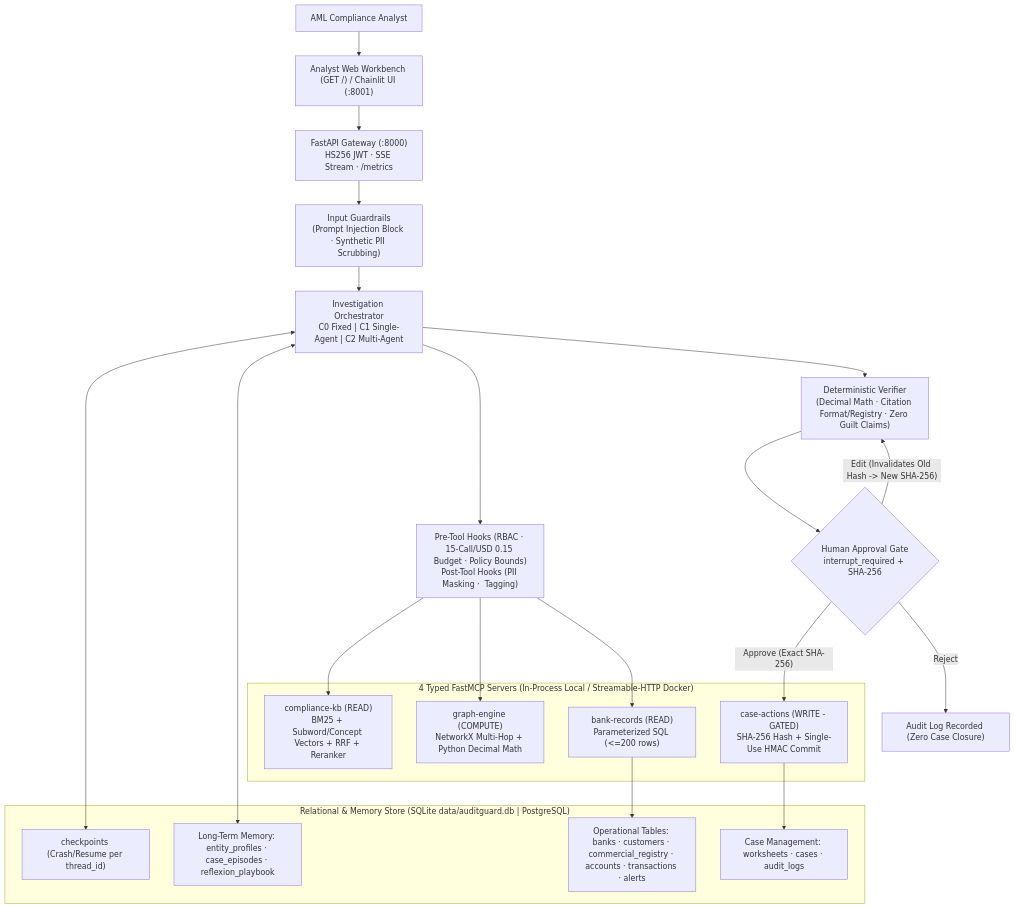
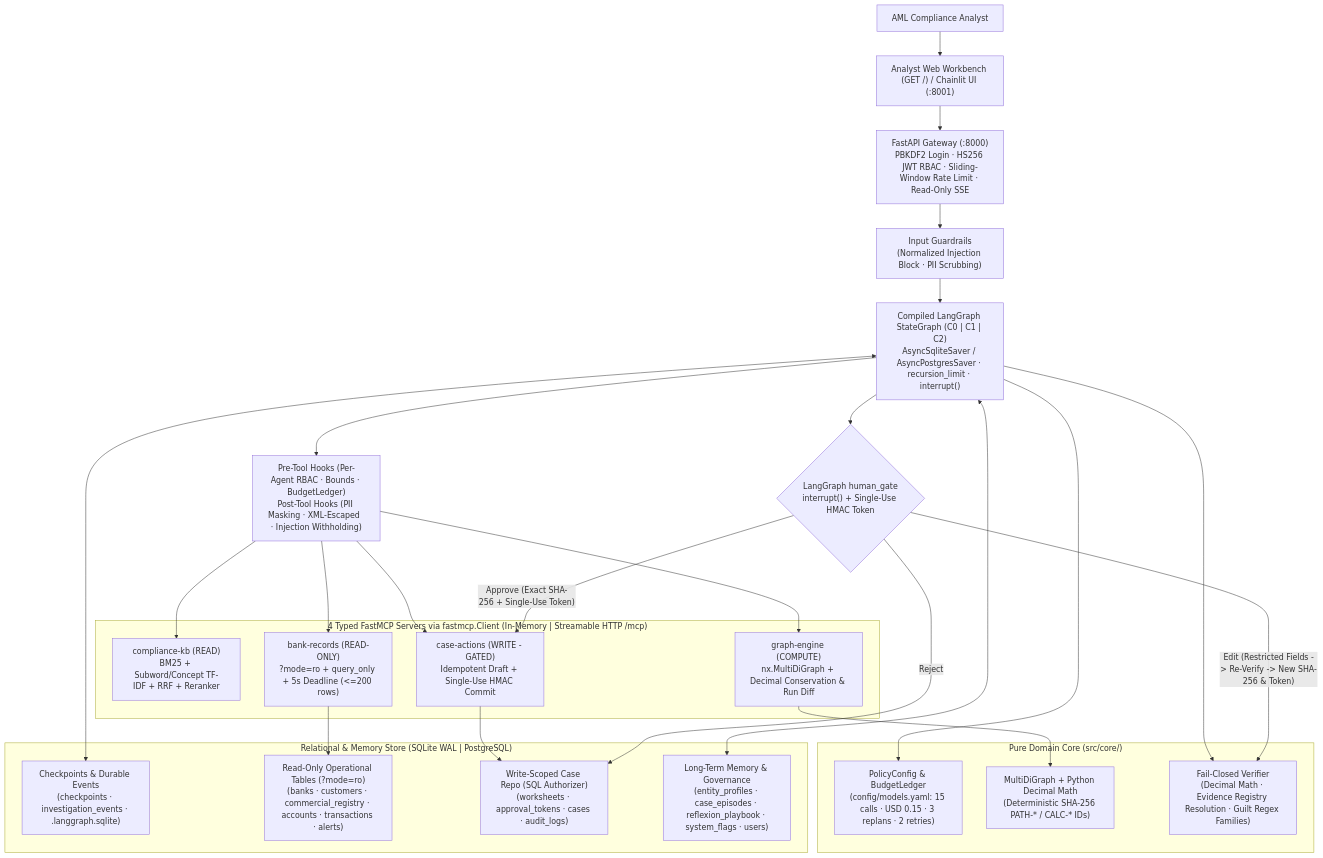
Before and after one commit to Proprasad/AuditGuard: the first of 2 diagrams in docs/architecture.md, drawn with Mermaid. The commit also changed other lines of this file and 17 other files, not shown here.

Commit message:
feat(step7): honest eval + NL retrieval benchmark, code-built frozen playbook synced to DB, docs rewrite with measured metrics, live 5-process E2E verification across C0/C1/C2

````diff
--- a/docs/architecture.md
+++ b/docs/architecture.md
@@ -9,35 +9,43 @@
 ```mermaid
 flowchart TB
     Analyst["AML Compliance Analyst"] --> UI["Analyst Web Workbench (GET /) / Chainlit UI (:8001)"]
-    UI --> API["FastAPI Gateway (:8000)<br/>HS256 JWT · SSE Stream · /metrics"]
-    API --> IG["Input Guardrails<br/>(Prompt Injection Block · Synthetic PII Scrubbing)"]
-    IG --> Orch["Investigation Orchestrator<br/>C0 Fixed | C1 Single-Agent | C2 Multi-Agent"]
+    UI --> API["FastAPI Gateway (:8000)<br/>PBKDF2 Login · HS256 JWT RBAC · Sliding-Window Rate Limit · Read-Only SSE"]
+    API --> IG["Input Guardrails<br/>(Normalized Injection Block · PII Scrubbing)"]
+    IG --> LG["Compiled LangGraph StateGraph (C0 | C1 | C2)<br/>AsyncSqliteSaver / AsyncPostgresSaver · recursion_limit · interrupt()"]
 
-    subgraph Persistence["Relational & Memory Store (SQLite data/auditguard.db | PostgreSQL)"]
-        CP["checkpoints (Crash/Resume per thread_id)"]
-        OP["Operational Tables: banks · customers · commercial_registry · accounts · transactions · alerts"]
-        CM["Case Management: worksheets · cases · audit_logs"]
-        LTM["Long-Term Memory: entity_profiles · case_episodes · reflexion_playbook"]
+    subgraph Core["Pure Domain Core (src/core/)"]
+        PC["PolicyConfig & BudgetLedger<br/>(config/models.yaml: 15 calls · USD 0.15 · 3 replans · 2 retries)"]
+        GM["MultiDiGraph + Python Decimal Math<br/>(Deterministic SHA-256 PATH-* / CALC-* IDs)"]
+        VF["Fail-Closed Verifier<br/>(Decimal Math · Evidence Registry Resolution · Guilt Regex Families)"]
     end
 
-    Orch <--> CP
-    Orch <--> LTM
+    LG --> PC & VF
 
-    Orch --> Hooks["Pre-Tool Hooks (RBAC · 15-Call/USD 0.15 Budget · Policy Bounds)<br/>Post-Tool Hooks (PII Masking · <untrusted_data> Tagging)"]
-
-    subgraph MCP["4 Typed FastMCP Servers (In-Process Local / Streamable-HTTP Docker)"]
-        S1["compliance-kb (READ)<br/>BM25 + Subword/Concept Vectors + RRF + Reranker"]
-        S2["graph-engine (COMPUTE)<br/>NetworkX Multi-Hop + Python Decimal Math"]
-        S3["bank-records (READ)<br/>Parameterized SQL (<=200 rows)"]
-        S4["case-actions (WRITE - GATED)<br/>SHA-256 Hash + Single-Use HMAC Commit"]
+    subgraph Persistence["Relational & Memory Store (SQLite WAL | PostgreSQL)"]
+        CP["Checkpoints & Durable Events<br/>(checkpoints · investigation_events · .langgraph.sqlite)"]
+        OP["Read-Only Operational Tables (?mode=ro)<br/>(banks · customers · commercial_registry · accounts · transactions · alerts)"]
+        CM["Write-Scoped Case Repo (SQL Authorizer)<br/>(worksheets · approval_tokens · cases · audit_logs)"]
+        LTM["Long-Term Memory & Governance<br/>(entity_profiles · case_episodes · reflexion_playbook · system_flags · users)"]
     end
 
-    Hooks --> S1 & S2 & S3
+    LG <--> CP
+    LG <--> LTM
+
+    LG --> Hooks["Pre-Tool Hooks (Per-Agent RBAC · Bounds · BudgetLedger)<br/>Post-Tool Hooks (PII Masking · XML-Escaped <untrusted_data> · Injection Withholding)"]
+
+    subgraph MCP["4 Typed FastMCP Servers via fastmcp.Client (In-Memory | Streamable HTTP /mcp)"]
+        S1["compliance-kb (READ)<br/>BM25 + Subword/Concept TF-IDF + RRF + Reranker"]
+        S2["graph-engine (COMPUTE)<br/>nx.MultiDiGraph + Decimal Conservation & Run Diff"]
+        S3["bank-records (READ-ONLY)<br/>?mode=ro + query_only + 5s Deadline (<=200 rows)"]
+        S4["case-actions (WRITE - GATED)<br/>Idempotent Draft + Single-Use HMAC Commit"]
+    end
+
+    Hooks --> S1 & S2 & S3 & S4
+    S2 --> GM
     S3 --> OP
-    Orch --> Verifier["Deterministic Verifier<br/>(Decimal Math · Citation Format/Registry · Zero Guilt Claims)"]
-    Verifier --> Gate{"Human Approval Gate<br/>interrupt_required + SHA-256"}
-    Gate -->|"Approve (Exact SHA-256)"| S4
-    Gate -->|"Edit (Invalidates Old Hash -> New SHA-256)"| Verifier
-    Gate -->|"Reject"| AuditOnly["Audit Log Recorded (Zero Case Closure)"]
     S4 --> CM
+    LG --> Gate{"LangGraph human_gate<br/>interrupt() + Single-Use HMAC Token"}
+    Gate -->|"Approve (Exact SHA-256 + Single-Use Token)"| S4
+    Gate -->|"Edit (Restricted Fields -> Re-Verify -> New SHA-256 & Token)"| VF
+    Gate -->|"Reject"| CM
 ```
````
